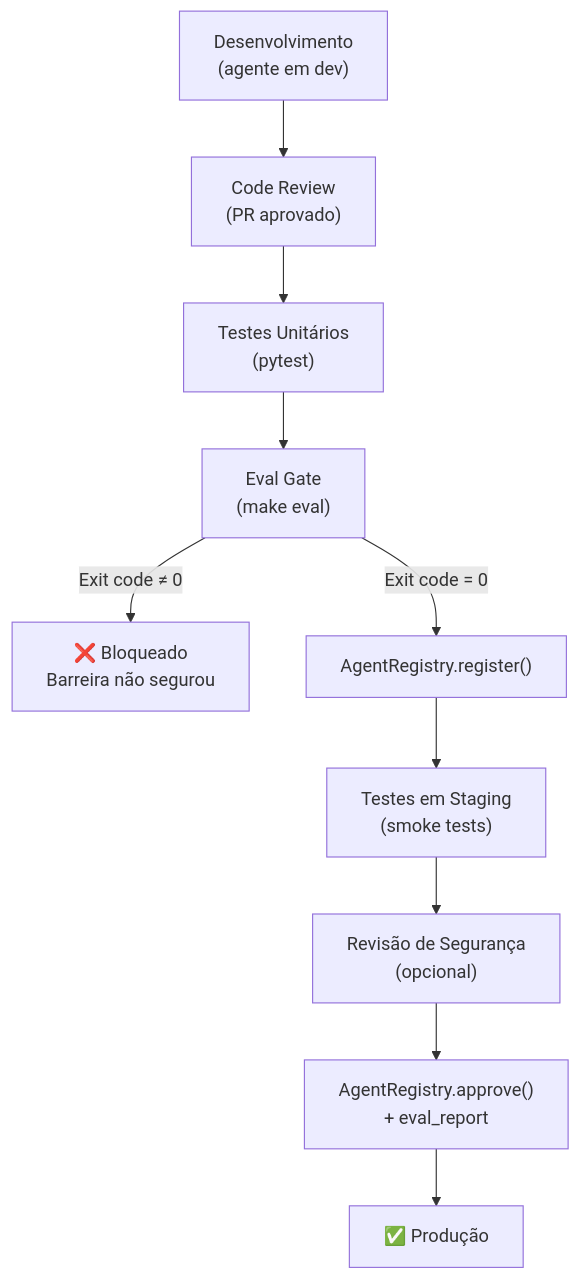
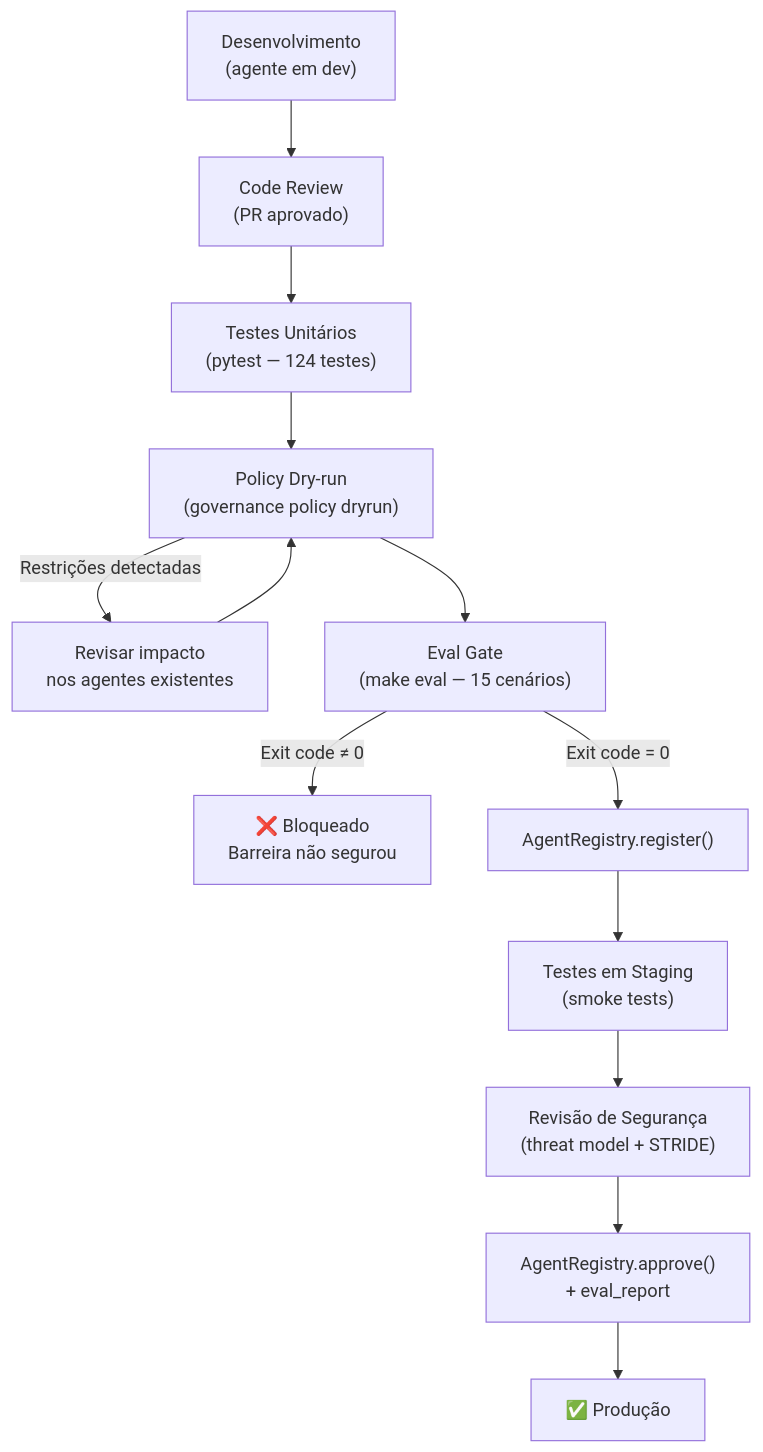
One commit to glaucojbs/agenticgovernance changed the second of 2 diagrams in docs/08-ciclo-de-vida.md. Above: the diagram before and after it, drawn with Mermaid. The commit also changed other lines of this file and 14 other files, not shown here.

````diff
--- a/docs/08-ciclo-de-vida.md
+++ b/docs/08-ciclo-de-vida.md
@@ -31,12 +31,15 @@
 ```mermaid
 flowchart TD
     DEV["Desenvolvimento\n(agente em dev)"] --> CODE["Code Review\n(PR aprovado)"]
-    CODE --> UNIT["Testes Unitários\n(pytest)"]
-    UNIT --> EVAL["Eval Gate\n(make eval)"]
+    CODE --> UNIT["Testes Unitários\n(pytest — 124 testes)"]
+    UNIT --> DRYRUN["Policy Dry-run\n(governance policy dryrun)"]
+    DRYRUN --> |"Restrições detectadas"| REVIEW_POL["Revisar impacto\nnos agentes existentes"]
+    REVIEW_POL --> DRYRUN
+    DRYRUN --> EVAL["Eval Gate\n(make eval — 15 cenários)"]
     EVAL --> |"Exit code ≠ 0"| FAIL["❌ Bloqueado\nBarreira não segurou"]
     EVAL --> |"Exit code = 0"| REGISTER["AgentRegistry.register()"]
     REGISTER --> STAGING["Testes em Staging\n(smoke tests)"]
-    STAGING --> REVIEW["Revisão de Segurança\n(opcional)"]
-    REVIEW --> APPROVE["AgentRegistry.approve()\n+ eval_report"]
+    STAGING --> SEC_REVIEW["Revisão de Segurança\n(threat model + STRIDE)"]
+    SEC_REVIEW --> APPROVE["AgentRegistry.approve()\n+ eval_report"]
     APPROVE --> PROD["✅ Produção"]
 ```
````
